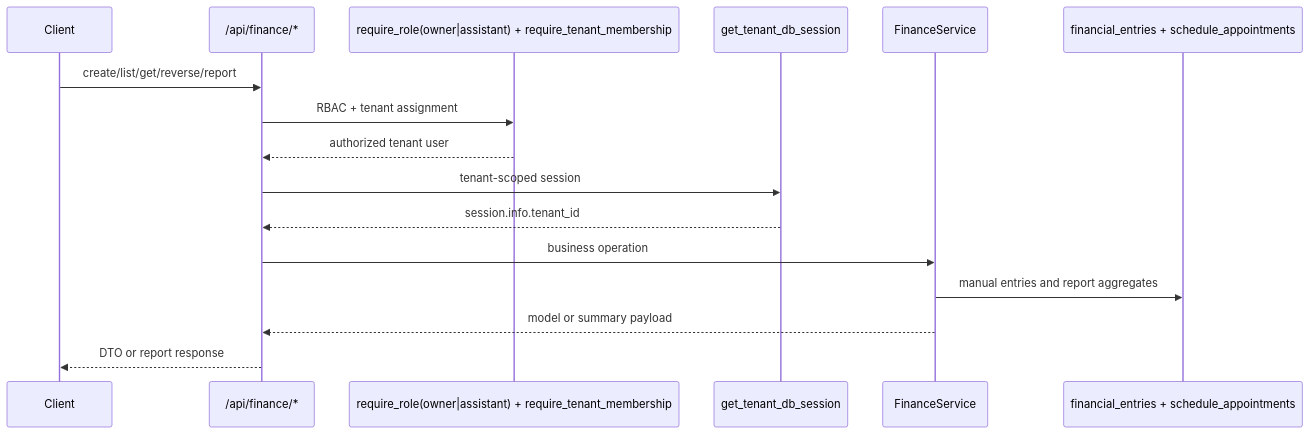
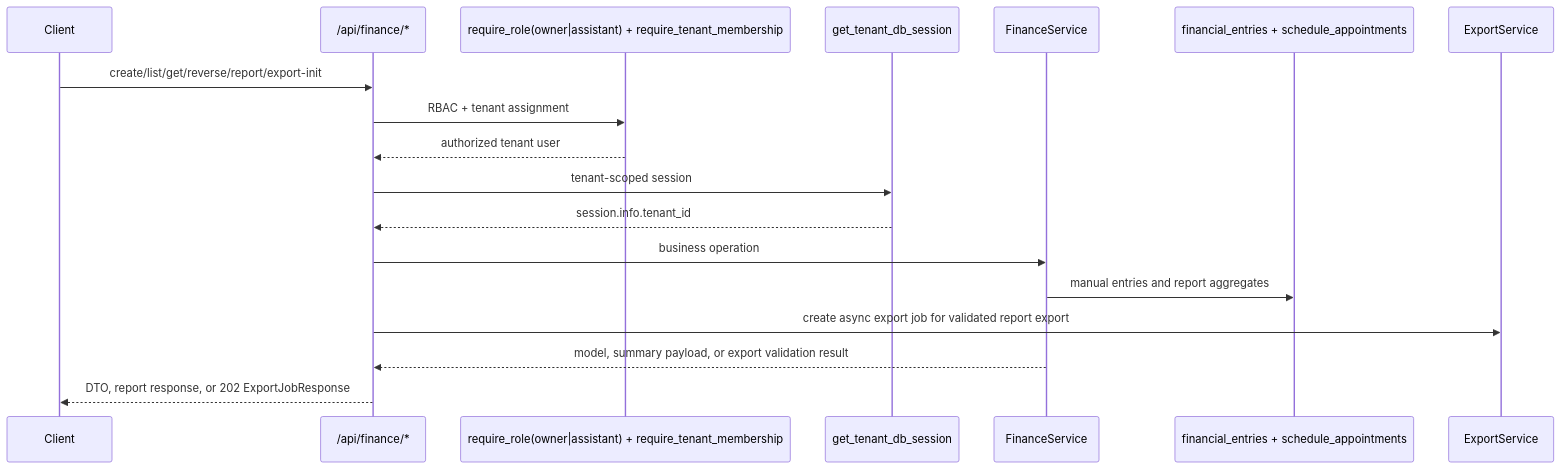
Before and after one commit to adriangpo/mindflow-api: the first of 2 diagrams in docs/features/finance.md, drawn with Mermaid. The commit also changed other lines of this file and 43 other files, not shown here.

````diff
--- a/docs/features/finance.md
+++ b/docs/features/finance.md
@@ -28,19 +31,21 @@
 ```mermaid
 sequenceDiagram
     participant Client
     participant Router as /api/finance/*
     participant Guard as require_role(owner|assistant) + require_tenant_membership
     participant TenantDB as get_tenant_db_session
     participant Service as FinanceService
     participant DB as financial_entries + schedule_appointments
+    participant Export as ExportService
 
-    Client->>Router: create/list/get/reverse/report
+    Client->>Router: create/list/get/reverse/report/export-init
     Router->>Guard: RBAC + tenant assignment
     Guard-->>Router: authorized tenant user
     Router->>TenantDB: tenant-scoped session
     TenantDB-->>Router: session.info.tenant_id
     Router->>Service: business operation
     Service->>DB: manual entries and report aggregates
-    Service-->>Router: model or summary payload
-    Router-->>Client: DTO or report response
+    Router->>Export: create async export job for validated report export
+    Service-->>Router: model, summary payload, or export validation result
+    Router-->>Client: DTO, report response, or 202 ExportJobResponse
 ```
````
